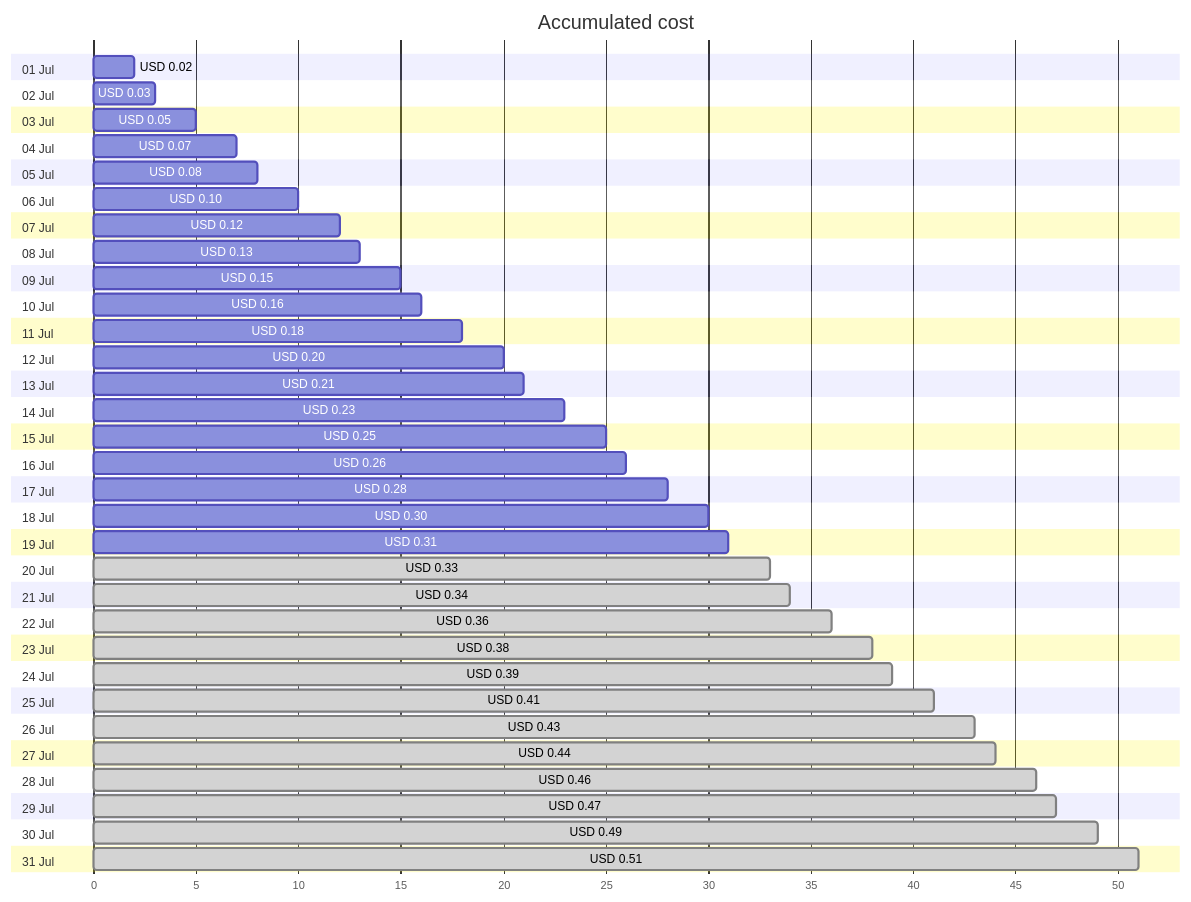
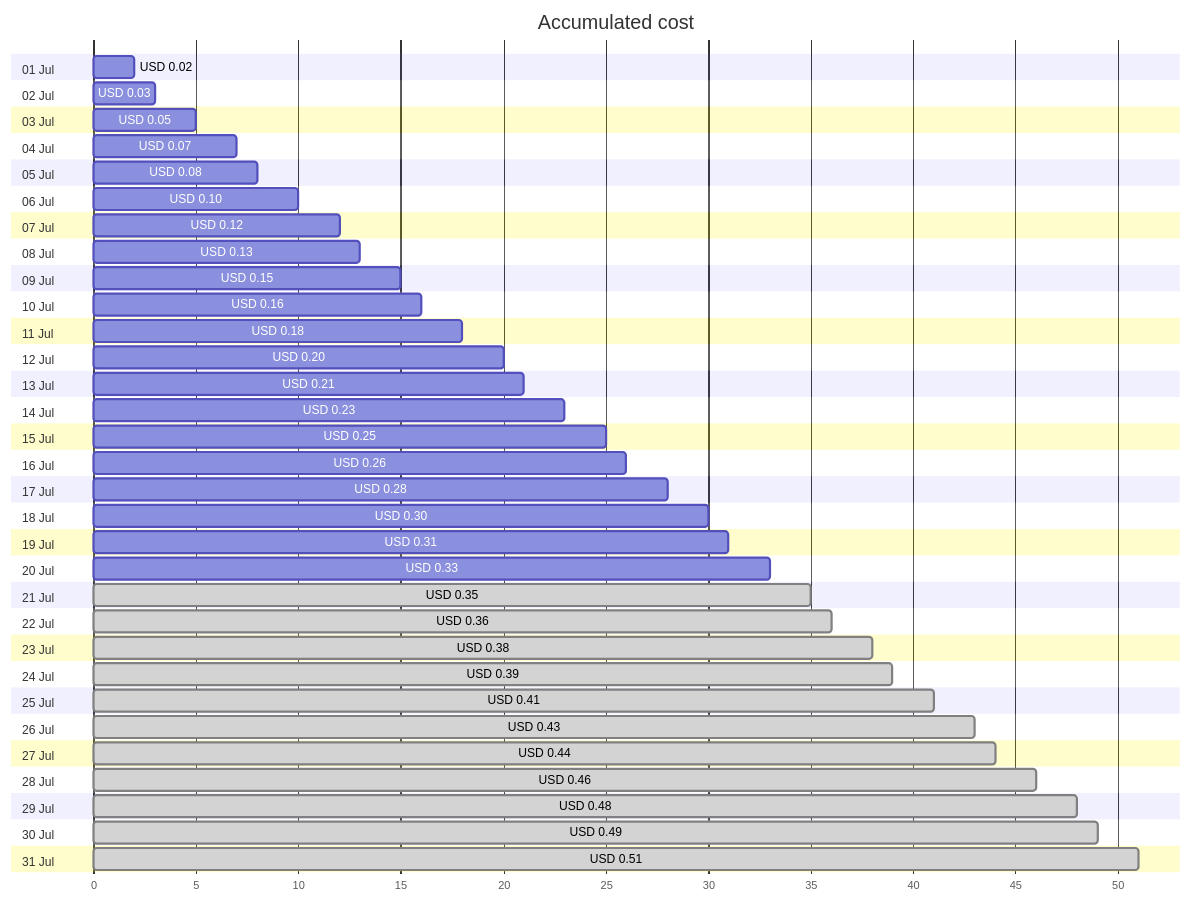
The first of 4 diagrams in cost-reports/personal-dns/jpatrickfulton.com.md (jpfulton/azure-personal-reports), drawn with Mermaid before and after one commit. The commit also changed other lines of this file and 2 other files, not shown here.

````diff
--- a/cost-reports/personal-dns/jpatrickfulton.com.md
+++ b/cost-reports/personal-dns/jpatrickfulton.com.md
@@ -20,68 +20,68 @@
 ```mermaid
 gantt
    title Accumulated cost
    dateFormat  X
    axisFormat %s
    section 01 Jul
    USD 0.02 :0, 2
    section 02 Jul
    USD 0.03 :0, 3
    section 03 Jul
    USD 0.05 :0, 5
    section 04 Jul
    USD 0.07 :0, 7
    section 05 Jul
    USD 0.08 :0, 8
    section 06 Jul
    USD 0.10 :0, 10
    section 07 Jul
    USD 0.12 :0, 12
    section 08 Jul
    USD 0.13 :0, 13
    section 09 Jul
    USD 0.15 :0, 15
    section 10 Jul
    USD 0.16 :0, 16
    section 11 Jul
    USD 0.18 :0, 18
    section 12 Jul
    USD 0.20 :0, 20
    section 13 Jul
    USD 0.21 :0, 21
    section 14 Jul
    USD 0.23 :0, 23
    section 15 Jul
    USD 0.25 :0, 25
    section 16 Jul
    USD 0.26 :0, 26
    section 17 Jul
    USD 0.28 :0, 28
    section 18 Jul
    USD 0.30 :0, 30
    section 19 Jul
    USD 0.31 :0, 31
    section 20 Jul
-   USD 0.33 : done, 0, 33
+   USD 0.33 :0, 33
    section 21 Jul
-   USD 0.34 : done, 0, 34
+   USD 0.35 : done, 0, 35
    section 22 Jul
    USD 0.36 : done, 0, 36
    section 23 Jul
    USD 0.38 : done, 0, 38
    section 24 Jul
    USD 0.39 : done, 0, 39
    section 25 Jul
    USD 0.41 : done, 0, 41
    section 26 Jul
    USD 0.43 : done, 0, 43
    section 27 Jul
    USD 0.44 : done, 0, 44
    section 28 Jul
    USD 0.46 : done, 0, 46
    section 29 Jul
-   USD 0.47 : done, 0, 47
+   USD 0.48 : done, 0, 48
    section 30 Jul
    USD 0.49 : done, 0, 49
    section 31 Jul
    USD 0.51 : done, 0, 51
 ```
````
